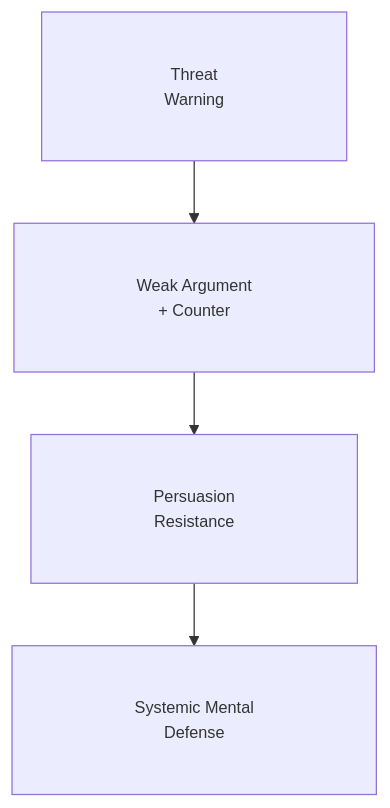
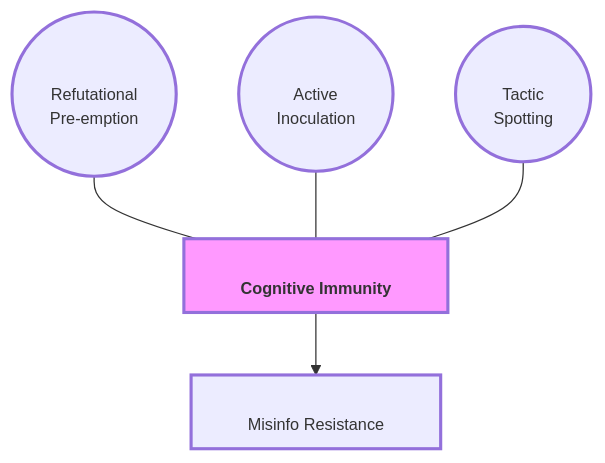
One commit to GM024/CourseSummaries changed the eighth of 8 diagrams in Communication_Influence/Mastery_Guide_SOW_BS033.md. Above: the diagram before and after it, drawn with Mermaid. The commit also changed other lines of this file, not shown here.

Commit message:
Final Visual Overhaul: Sandbox padding, APA metadata, and thickened borders

````diff
--- a/Communication_Influence/Mastery_Guide_SOW_BS033.md
+++ b/Communication_Influence/Mastery_Guide_SOW_BS033.md
@@ -240,7 +198,14 @@
 ```mermaid
-%%{init: {'flowchart': {'padding': 40}, 'themeVariables': { 'fontSize': '13px' }}}%%
+%%{init: { 'flowchart': { 'padding': 10 }, 'themeVariables': { 'fontSize': '13px' }}}%%
 graph TD
-    Warning["&nbsp;&nbsp;&nbsp;&nbsp; Threat &nbsp;&nbsp;&nbsp;&nbsp;<br/>&nbsp;&nbsp;&nbsp;&nbsp; Warning &nbsp;&nbsp;&nbsp;&nbsp;"] --> Refutation["&nbsp;&nbsp;&nbsp;&nbsp; Weak Argument &nbsp;&nbsp;&nbsp;&nbsp;<br/>&nbsp;&nbsp;&nbsp;&nbsp; + Counter &nbsp;&nbsp;&nbsp;&nbsp;"]
-    Refutation --> Immunity["&nbsp;&nbsp;&nbsp;&nbsp; Persuasion &nbsp;&nbsp;&nbsp;&nbsp;<br/>&nbsp;&nbsp;&nbsp;&nbsp; Resistance &nbsp;&nbsp;&nbsp;&nbsp;"]
-    Immunity --> Defense["&nbsp;&nbsp;&nbsp;&nbsp; Systemic Mental &nbsp;&nbsp;&nbsp;&nbsp;<br/>&nbsp;&nbsp;&nbsp;&nbsp; Defense &nbsp;&nbsp;&nbsp;&nbsp;"]
+    Hub["<br/>&nbsp;&nbsp;&nbsp;&nbsp;&nbsp;&nbsp; Cognitive Immunity &nbsp;&nbsp;&nbsp;&nbsp;&nbsp;&nbsp;<br/>"]:::hubNode
+    
+    S1(("<br/>&nbsp;&nbsp;&nbsp;&nbsp;&nbsp;&nbsp; Refutational &nbsp;&nbsp;&nbsp;&nbsp;&nbsp;&nbsp;<br/>&nbsp;&nbsp;&nbsp;&nbsp;&nbsp;&nbsp; Pre-emption &nbsp;&nbsp;&nbsp;&nbsp;&nbsp;&nbsp;<br/>")) --- Hub
+    S2(("<br/>&nbsp;&nbsp;&nbsp;&nbsp;&nbsp;&nbsp; Active &nbsp;&nbsp;&nbsp;&nbsp;&nbsp;&nbsp;<br/>&nbsp;&nbsp;&nbsp;&nbsp;&nbsp;&nbsp; Inoculation &nbsp;&nbsp;&nbsp;&nbsp;&nbsp;&nbsp;<br/>")) --- Hub
+    S3(("<br/>&nbsp;&nbsp;&nbsp;&nbsp;&nbsp;&nbsp; Tactic &nbsp;&nbsp;&nbsp;&nbsp;&nbsp;&nbsp;<br/>&nbsp;&nbsp;&nbsp;&nbsp;&nbsp;&nbsp; Spotting &nbsp;&nbsp;&nbsp;&nbsp;&nbsp;&nbsp;<br/>")) --- Hub
+    
+    Hub --> B1["<br/>&nbsp;&nbsp;&nbsp;&nbsp;&nbsp;&nbsp; Misinfo Resistance &nbsp;&nbsp;&nbsp;&nbsp;&nbsp;&nbsp;<br/>"]
+    
+    classDef hubNode font-weight:bold,stroke-width:2.5px,fill:#f9f;
+    classDef default stroke-width:2.5px;
 ```
````
